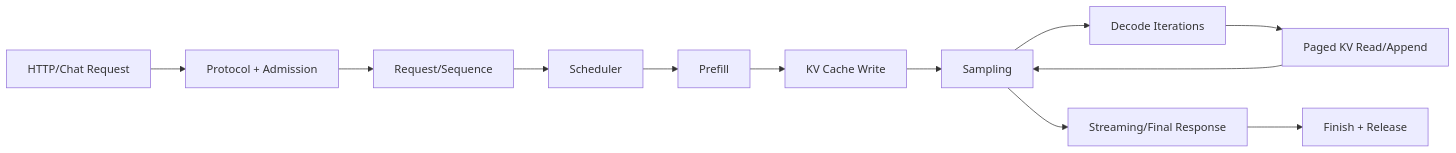
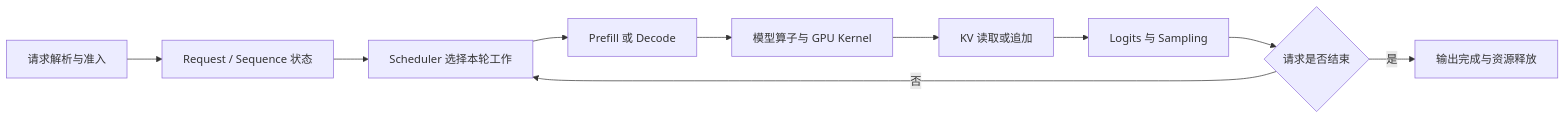
One commit to HanekawaTsubasa0/course-vllm changed the first of 2 diagrams in docs/teaching/part5_synthesis/week16_final_review.md. Above: the diagram before and after it, drawn with Mermaid. The commit also changed other lines of this file and 7 other files, not shown here.

````diff
--- a/docs/teaching/part5_synthesis/week16_final_review.md
+++ b/docs/teaching/part5_synthesis/week16_final_review.md
@@ -23,14 +45,12 @@
 ```mermaid
 flowchart LR
-    A["HTTP/Chat Request"] --> B["Protocol + Admission"]
-    B --> C["Request/Sequence"]
-    C --> D["Scheduler"]
-    D --> E["Prefill"]
-    E --> F["KV Cache Write"]
-    F --> G["Sampling"]
-    G --> H["Decode Iterations"]
-    H --> I["Paged KV Read/Append"]
-    I --> G
-    G --> J["Streaming/Final Response"]
-    J --> K["Finish + Release"]
+    A["请求解析与准入"] --> B["Request / Sequence 状态"]
+    B --> C["Scheduler 选择本轮工作"]
+    C --> D["Prefill 或 Decode"]
+    D --> E["模型算子与 GPU Kernel"]
+    E --> F["KV 读取或追加"]
+    F --> G["Logits 与 Sampling"]
+    G --> H{"请求是否结束"}
+    H -->|"否"| C
+    H -->|"是"| I["输出完成与资源释放"]
 ```
````
